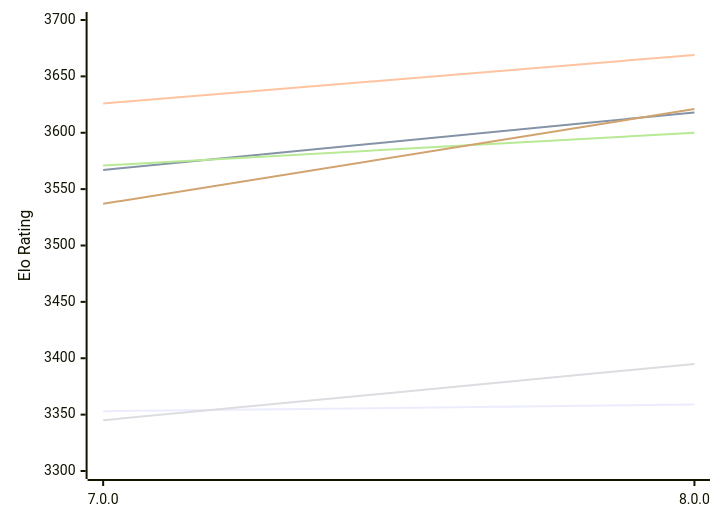
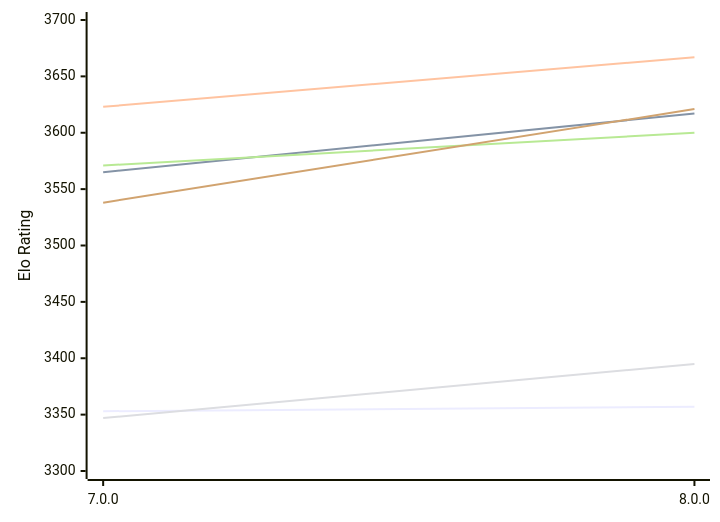
One commit to computer-chess-index/cci changed the first of 2 diagrams in engines/Stormphrax.md. Above: the diagram before and after it, drawn with Mermaid. The commit also changed other lines of this file, not shown here.

Commit message:
Update CCI Ratings (ELO VLTC) - 2026-11-28

````diff
--- a/engines/Stormphrax.md
+++ b/engines/Stormphrax.md
@@ -52,12 +52,12 @@
 ```mermaid
 %%{init: {"theme":"base","themeVariables":{"seriesColors:['#a3a3a3','#222221','#faa371']}}}%%
 xychart-beta
   x-axis ["7.0.0", "8.0.0"]
   y-axis "Elo Rating" 3300 --> 3700
-  line "E1: STC (8.0+0.08s)" [3353, 3359]
-  line "E1: LTC (60.0+0.60s)" [3567, 3618]
-  line "E1: VLTC (2m24s+1.12s)" [3626, 3669]
-  line "P1: STC (8.0+0.08s)" [3345, 3395]
+  line "E1: STC (8.0+0.08s)" [3353, 3357]
+  line "E1: LTC (60.0+0.60s)" [3565, 3617]
+  line "E1: VLTC (2m24s+1.12s)" [3623, 3667]
+  line "P1: STC (8.0+0.08s)" [3347, 3395]
   line "P1: LTC (60.0+0.60s)" [3571, 3600]
-  line "P1: VLTC (2m24s+1.12s)" [3537, 3621]
+  line "P1: VLTC (2m24s+1.12s)" [3538, 3621]
 ```
````
